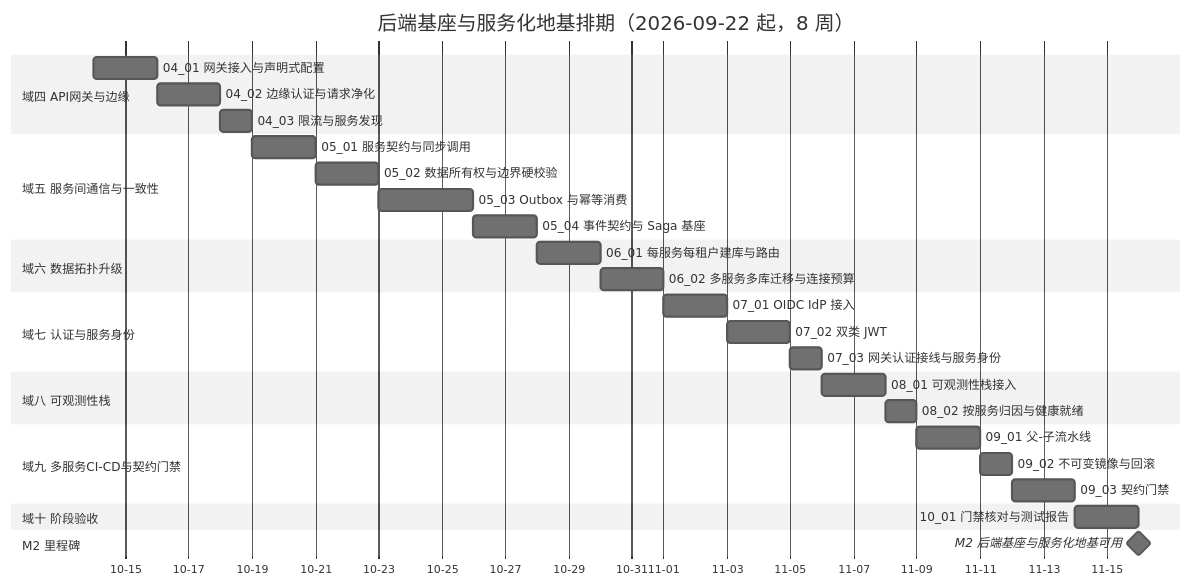
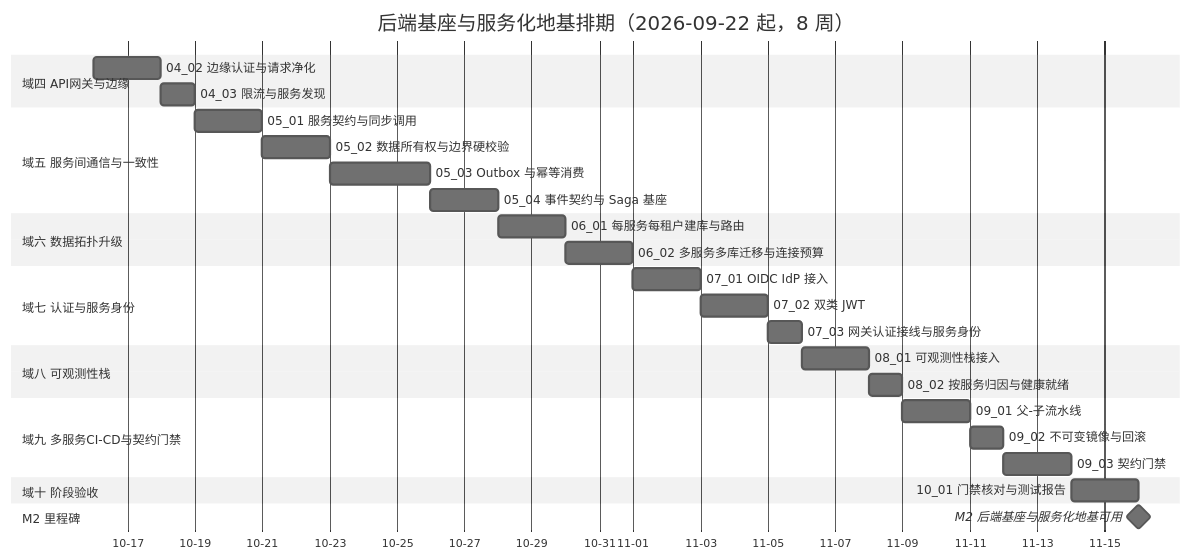
Before and after one commit to minjian123/basic-management-system: the diagram in bms文档/项目/02_后端基座与服务化地基/计划/01_计划_后端基座与服务化地基.md, drawn with Mermaid (neutral theme). The commit also changed other lines of this file and 8 other files, not shown here.

````diff
--- a/bms文档/项目/02_后端基座与服务化地基/计划/01_计划_后端基座与服务化地基.md
+++ b/bms文档/项目/02_后端基座与服务化地基/计划/01_计划_后端基座与服务化地基.md
@@ -57,33 +57,32 @@
 ```mermaid
 gantt
     title 后端基座与服务化地基排期（2026-09-22 起，8 周）
     dateFormat  YYYY-MM-DD
     axisFormat %m-%d
     section 域四 API网关与边缘
-    04_01 网关接入与声明式配置 :a0401, 2026-10-14, 2d
-    04_02 边缘认证与请求净化 :a0402, after a0401, 2d
+    04_02 边缘认证与请求净化 :a0402, 2026-10-16, 2d
     04_03 限流与服务发现 :a0403, after a0402, 1d
     section 域五 服务间通信与一致性
     05_01 服务契约与同步调用 :a0501, after a0403, 2d
     05_02 数据所有权与边界硬校验 :a0502, after a0501, 2d
     05_03 Outbox 与幂等消费 :a0503, after a0502, 3d
     05_04 事件契约与 Saga 基座 :a0504, after a0503, 2d
     section 域六 数据拓扑升级
     06_01 每服务每租户建库与路由 :a0601, after a0504, 2d
     06_02 多服务多库迁移与连接预算 :a0602, after a0601, 2d
     section 域七 认证与服务身份
     07_01 OIDC IdP 接入 :a0701, after a0602, 2d
     07_02 双类 JWT :a0702, after a0701, 2d
     07_03 网关认证接线与服务身份 :a0703, after a0702, 1d
     section 域八 可观测性栈
     08_01 可观测性栈接入 :a0801, after a0703, 2d
     08_02 按服务归因与健康就绪 :a0802, after a0801, 1d
     section 域九 多服务CI-CD与契约门禁
     09_01 父-子流水线 :a0901, after a0802, 2d
     09_02 不可变镜像与回滚 :a0902, after a0901, 1d
     09_03 契约门禁 :a0903, after a0902, 2d
     section 域十 阶段验收
     10_01 门禁核对与测试报告 :a1001, after a0903, 2d
     section M2 里程碑
     M2 后端基座与服务化地基可用 :milestone, mm2, after a1001, 0d
 ```
````
